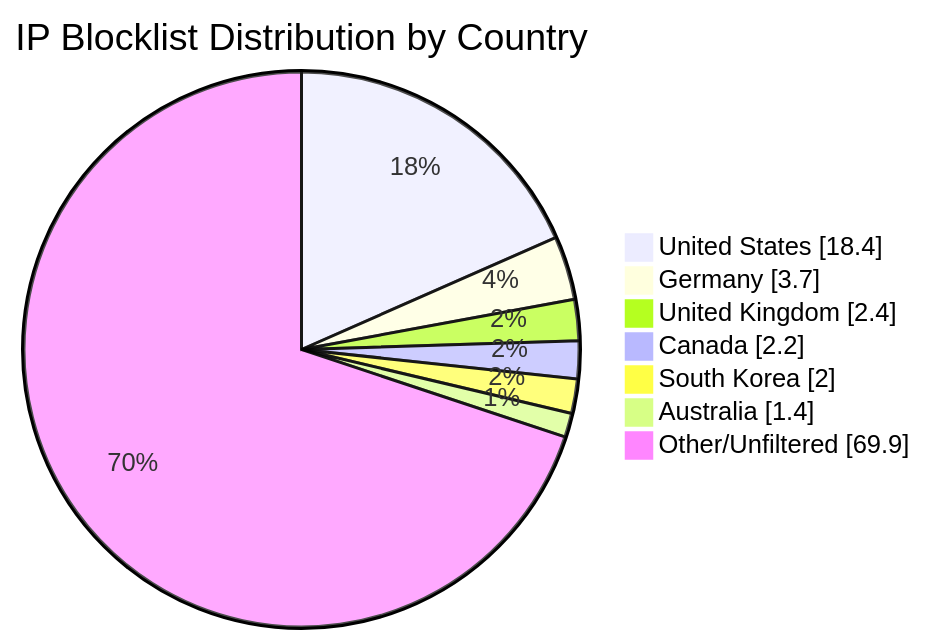
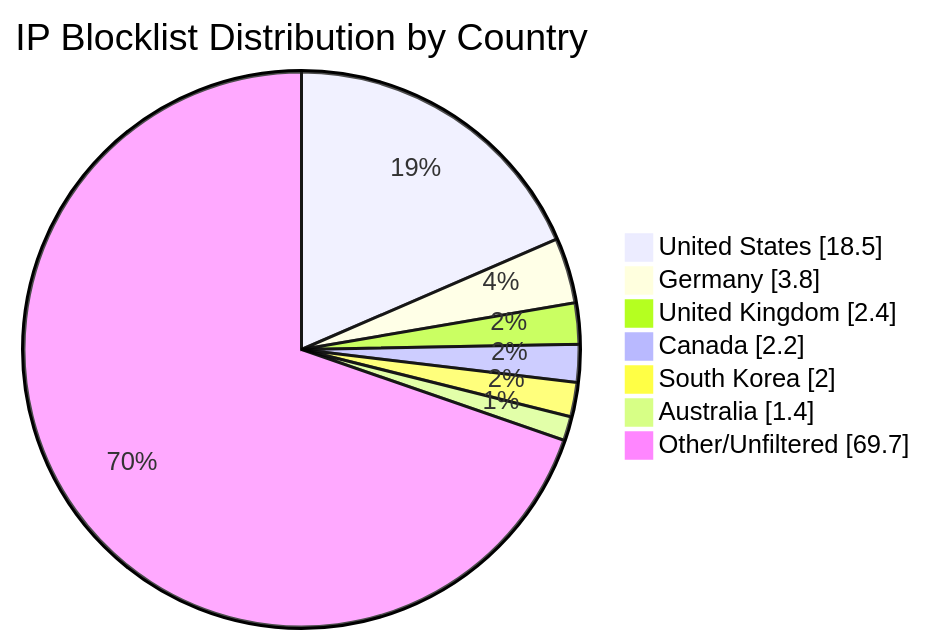
One commit to MarcusHoltz/ipblocklist-geofiltered-aggregator changed the diagram in README.md. Above: the diagram before and after it, drawn with Mermaid. The commit also changed other lines of this file and 9 other files, not shown here.

````diff
--- a/README.md
+++ b/README.md
@@ -34,10 +34,10 @@
 ```mermaid
 pie showData title IP Blocklist Distribution by Country
-"United States" : 18.4
-"Germany" : 3.7
+"United States" : 18.5
+"Germany" : 3.8
 "United Kingdom" : 2.4
 "Canada" : 2.2
 "South Korea" : 2.0
 "Australia" : 1.4
-"Other/Unfiltered" : 69.9
+"Other/Unfiltered" : 69.7
 ```
````
